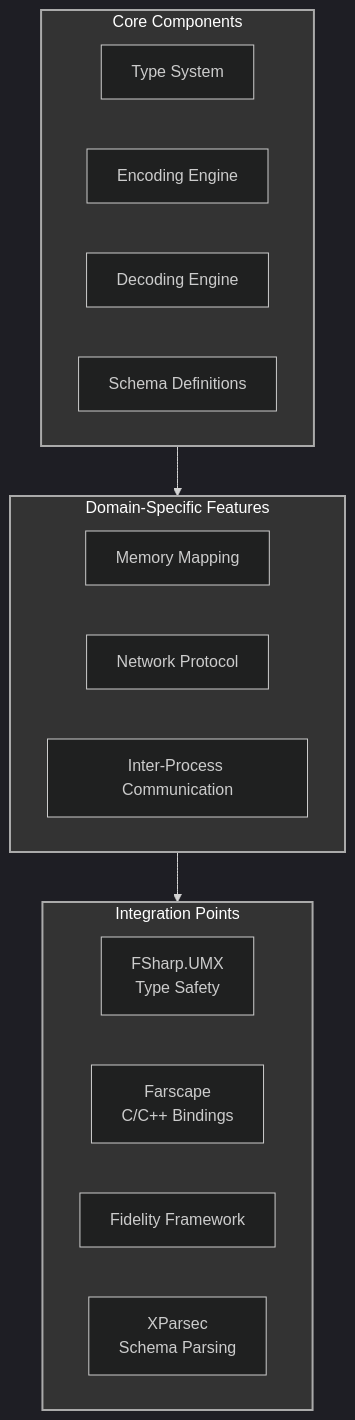
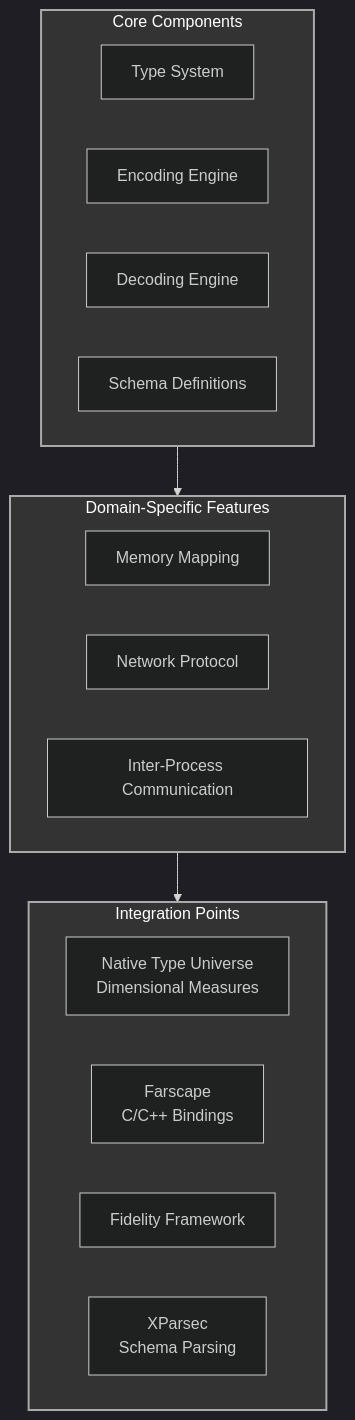
One commit to FidelityFramework/BAREWire changed the first of 3 diagrams in docs/00 Architecture Overview.md. Above: the diagram before and after it, drawn with Mermaid. The commit also changed other lines of this file and 12 other files, not shown here.

````diff
--- a/docs/00 Architecture Overview.md
+++ b/docs/00 Architecture Overview.md
@@ -54,31 +54,31 @@
 ```mermaid
 %%{init: {'theme': 'dark', 'themeVariables': { 'primaryColor': '#242424', 'primaryTextColor': '#fff', 'primaryBorderColor': '#888', 'lineColor': '#d3d3d3', 'secondaryColor': '#2b2b2b', 'tertiaryColor': '#333' }}}%%
 flowchart TB
     subgraph Core["Core Components"]
         Types["Type System"]
         Encoding["Encoding Engine"]
         Decoding["Decoding Engine"]
         Schema["Schema Definitions"]
     end
     
     subgraph Features["Domain-Specific Features"]
         Memory["Memory Mapping"]
         Network["Network Protocol"]
         IPC["Inter-Process Communication"]
     end
     
     Core --> Features
     
     subgraph Integration["Integration Points"]
-        UMX["FSharp.UMX<br>Type Safety"]
+        NTU["Native Type Universe<br>Dimensional Measures"]
         Farscape["Farscape<br>C/C++ Bindings"]
         Fidelity["Fidelity Framework"]
         XParsec["XParsec<br>Schema Parsing"]
     end
     
     Features --> Integration
     
     style Core fill:#333,stroke:#aaa,stroke-width:2px,color:#fff
     style Features fill:#333,stroke:#aaa,stroke-width:2px,color:#fff
     style Integration fill:#333,stroke:#aaa,stroke-width:2px,color:#fff
 ```
````
